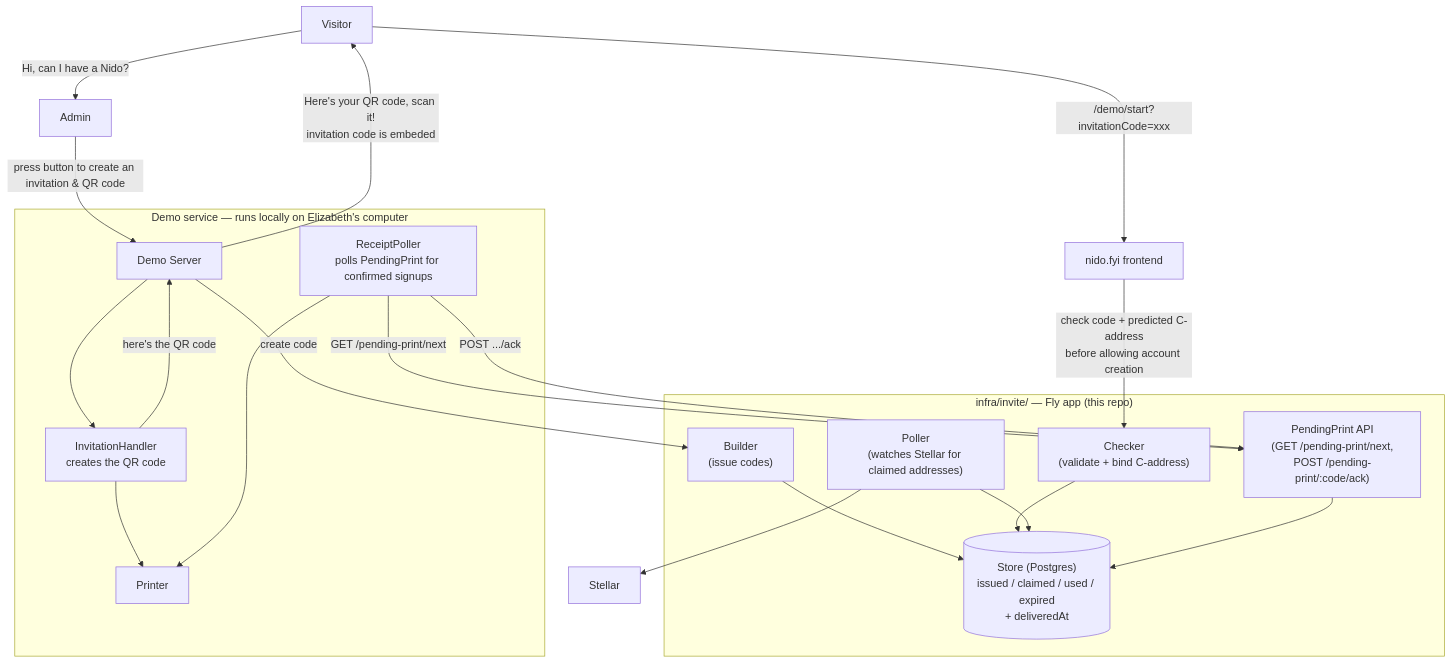
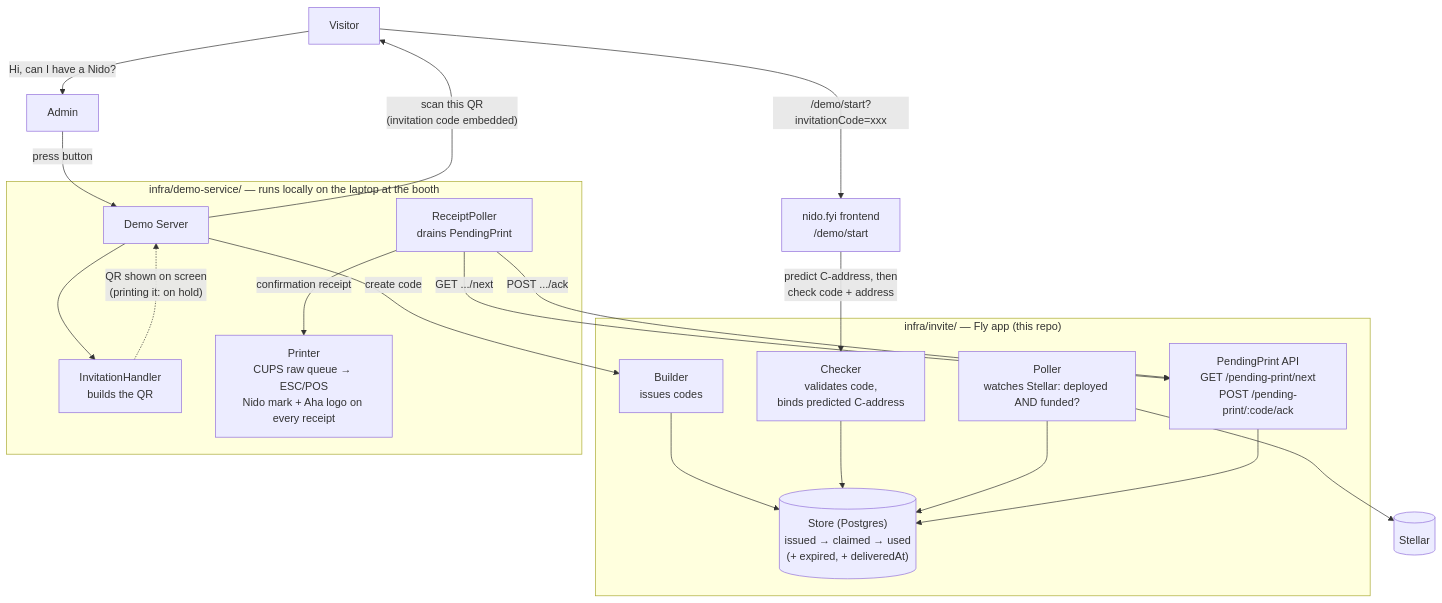
The diagram in demo-plan.md (nidohq/nido), drawn with Mermaid before and after one commit. The commit also changed other lines of this file, not shown here.

Commit message:
demo diagram updates

````diff
--- a/demo-plan.md
+++ b/demo-plan.md
@@ -1,40 +1,40 @@
 ```mermaid
 graph TD
     Visitor
     Admin
-    Frontend["nido.fyi frontend"]
+    Frontend["nido.fyi frontend<br/>/demo/start"]
+    Stellar[("Stellar")]
 
     subgraph InviteSvc["infra/invite/ — Fly app (this repo)"]
-        Builder["Builder<br/>(issue codes)"]
-        Checker["Checker<br/>(validate + bind C-address)"]
-        Poller["Poller<br/>(watches Stellar for claimed addresses)"]
-        PendingPrint["PendingPrint API<br/>(GET /pending-print/next,<br/>POST /pending-print/:code/ack)"]
-        Store[("Store (Postgres)<br/>issued / claimed / used / expired<br/>+ deliveredAt")]
+        Builder["Builder<br/>issues codes"]
+        Checker["Checker<br/>validates code,<br/>binds predicted C-address"]
+        Poller["Poller<br/>watches Stellar: deployed AND funded?"]
+        PendingPrint["PendingPrint API<br/>GET /pending-print/next<br/>POST /pending-print/:code/ack"]
+        Store[("Store (Postgres)<br/>issued → claimed → used<br/>(+ expired, + deliveredAt)")]
         Builder --> Store
         Checker --> Store
         Poller --> Store
         PendingPrint --> Store
     end
 
-    subgraph Demo["Demo service — runs locally on Elizabeth's computer"]
+    subgraph Demo["infra/demo-service/ — runs locally on the laptop at the booth"]
         Server["Demo Server"]
-        Printer["Printer"]
-        InvitationHandler["InvitationHandler<br/>creates the QR code"]
-        ReceiptPoller["ReceiptPoller<br/>polls PendingPrint for confirmed signups"]
+        InvitationHandler["InvitationHandler<br/>builds the QR"]
+        ReceiptPoller["ReceiptPoller<br/>drains PendingPrint"]
+        Printer["Printer<br/>CUPS raw queue → ESC/POS<br/>Nido mark + Aha logo on every receipt"]
         Server -->|"create code"| Builder
         Server --> InvitationHandler
-        InvitationHandler --> Printer
-        InvitationHandler --> |"here's the QR code"| Server
-        ReceiptPoller -->|"GET /pending-print/next"| PendingPrint
-        ReceiptPoller --> Printer
+        InvitationHandler -.->|"QR shown on screen<br/>(printing it: on hold)"| Server
+        ReceiptPoller -->|"GET .../next"| PendingPrint
+        ReceiptPoller -->|"confirmation receipt"| Printer
         ReceiptPoller -->|"POST .../ack"| PendingPrint
     end
 
     Visitor -->|"Hi, can I have a Nido?"| Admin
-    Admin -->|"press button to create an invitation & QR code"| Server
-    Server -->|"Here's your QR code, scan it!</br>invitation code is embeded"| Visitor
+    Admin -->|"press button"| Server
+    Server -->|"scan this QR<br/>(invitation code embedded)"| Visitor
     Visitor -->|"/demo/start?invitationCode=xxx"| Frontend
-    Frontend -->|"check code + predicted C-address<br/>before allowing account creation"| Checker
+    Frontend -->|"predict C-address, then<br/>check code + address"| Checker
 
     Poller --> Stellar
 ```
````
